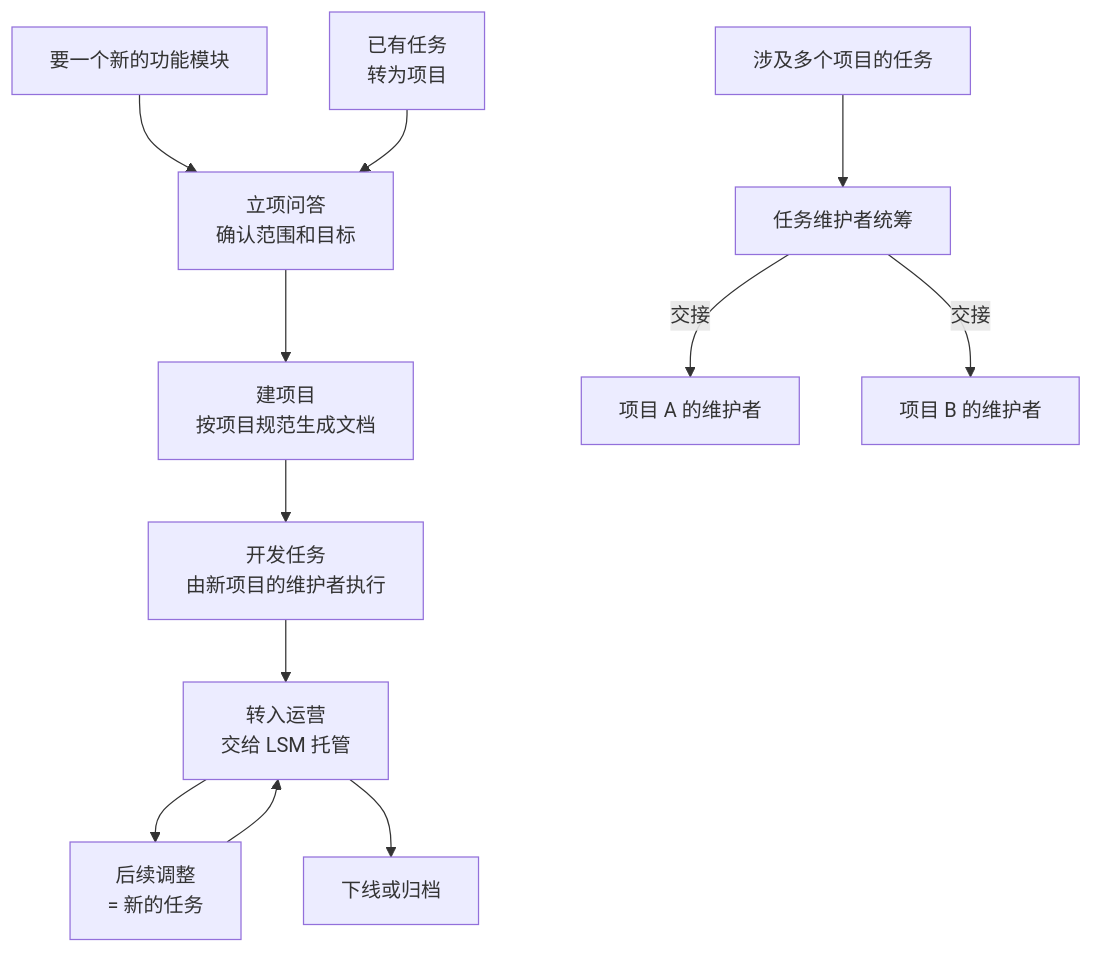
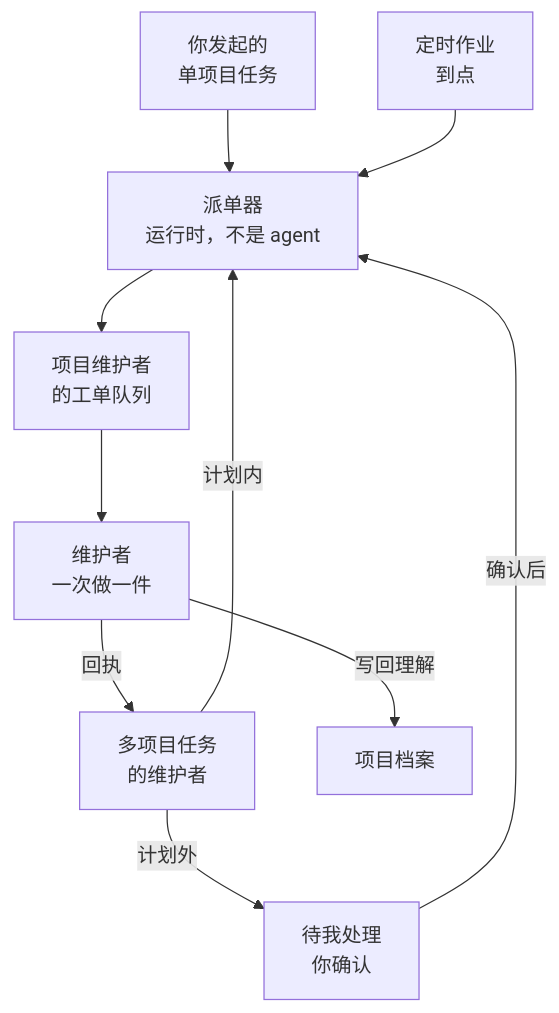
One commit to catmaniii/ergo changed the sixth of 9 diagrams in README.md. Above: the diagram before and after it, drawn with Mermaid. The commit also changed other lines of this file and 34 other files, not shown here.

````diff
--- a/README.md
+++ b/README.md
@@ -192,15 +244,21 @@
 ```mermaid
 flowchart TB
-    NEED["要一个新的功能模块"] --> SETUP["立项问答<br/>确认范围和目标"]
-    CONV["已有任务<br/>转为项目"] --> SETUP
-    SETUP --> CREATE["建项目<br/>按项目规范生成文档"]
-    CREATE --> DEV["开发任务<br/>由新项目的维护者执行"]
-    DEV --> OPS["转入运营<br/>交给 LSM 托管"]
-    OPS --> CHANGE["后续调整<br/>= 新的任务"]
-    CHANGE --> OPS
-    OPS --> OFF["下线或归档"]
+    U["你发起的<br/>单项目任务"]
+    T["多项目任务<br/>的维护者"]
+    S["定时作业<br/>到点"]
+    I["待我处理<br/>你确认"]
+    D["派单器<br/>运行时，不是 agent"]
+    Q["项目维护者<br/>的工单队列"]
+    M["维护者<br/>一次做一件"]
+    R["项目档案"]
 
-    MULTI["涉及多个项目的任务"] --> TM["任务维护者统筹"]
-    TM -->|"交接"| PA["项目 A 的维护者"]
-    TM -->|"交接"| PB["项目 B 的维护者"]
+    U --> D
+    T -->|"计划内"| D
+    T -->|"计划外"| I
+    I -->|"确认后"| D
+    S --> D
+    D --> Q
+    Q --> M
+    M -->|"回执"| T
+    M -->|"写回理解"| R
 ```
````
